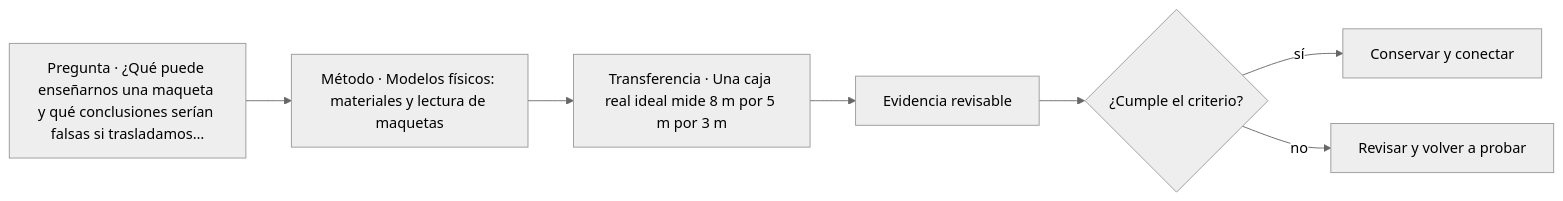
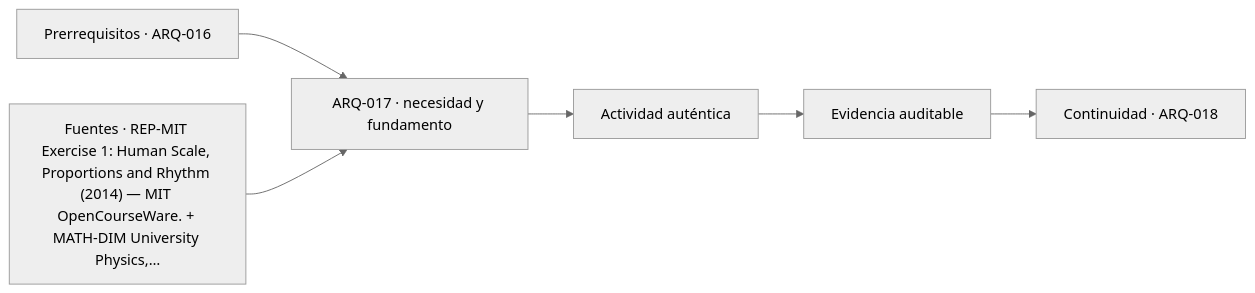
The diagram in classes/parte-02/ARQ-017.md (vladimiracunadev-create/architecture-built-environment-learning-program), drawn with Mermaid (neutral theme) before and after one commit. The commit also changed other lines of this file and 761 other files, not shown here.

````diff
--- a/classes/parte-02/ARQ-017.md
+++ b/classes/parte-02/ARQ-017.md
@@ -87,9 +99,8 @@
 ```mermaid
 flowchart LR
-    Q["Pregunta · ¿Qué puede enseñarnos una maqueta y qué conclusiones serían falsas si trasladamos…"] --> M["Método · Modelos físicos: materiales y lectura de maquetas"]
-    M --> P["Transferencia · Una caja real ideal mide 8 m por 5 m por 3 m"]
-    P --> E["Evidencia revisable"]
-    E --> C{"¿Cumple el criterio?"}
-    C -->|sí| T["Conservar y conectar"]
-    C -->|no| R["Revisar y volver a probar"]
+    A["Prerrequisitos · ARQ-016"] --> B["ARQ-017 · necesidad y fundamento"]
+    S["Fuentes · REP-MIT Exercise 1: Human Scale, Proportions and Rhythm (2014) — MIT OpenCourseWare. + MATH-DIM University Physics,…"] --> B
+    B --> C["Actividad auténtica"]
+    C --> D["Evidencia auditable"]
+    D --> E["Continuidad · ARQ-018"]
 ```
````
